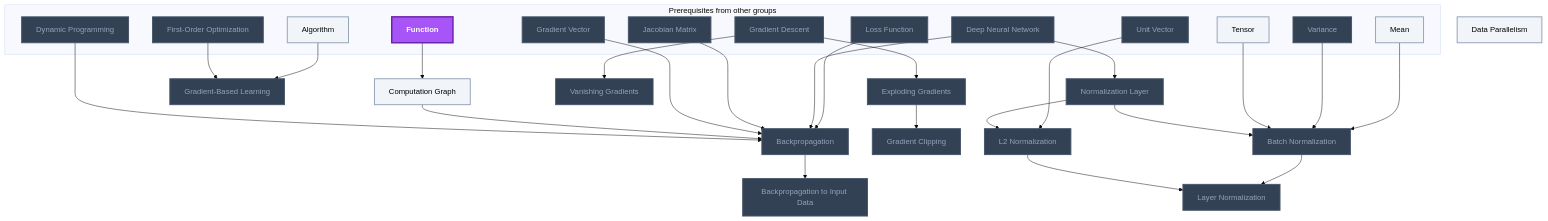
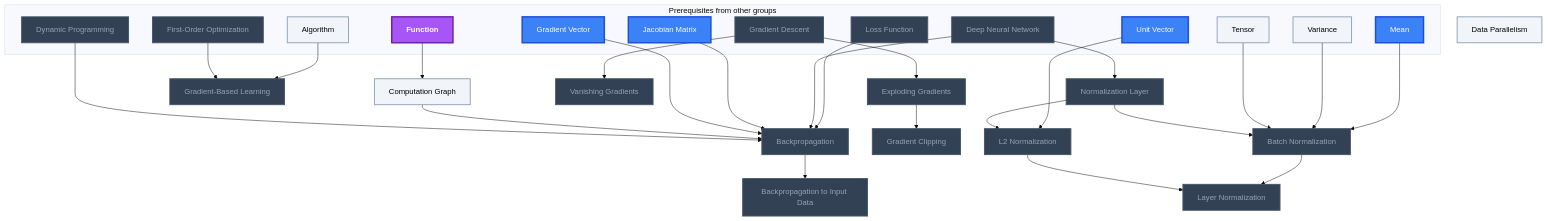
Diagram 19 of 21 in Gamification/Skill Trees/Deep Learning.md (MRauf1/My-Notes), drawn with Mermaid (base theme) before and after one commit. The commit also changed other lines of this file and 145 other files, not shown here.

````diff
--- a/Gamification/Skill Trees/Deep Learning.md
+++ b/Gamification/Skill Trees/Deep Learning.md
@@ -1149,65 +1161,66 @@
 ```mermaid
 flowchart TD
     classDef planned fill:#1E293B,stroke:#64748B,stroke-width:2px,stroke-dasharray:5 5,color:#94A3B8;
     classDef locked fill:#334155,stroke:#475569,stroke-width:2px,color:#94A3B8;
     classDef L0 fill:#F1F5F9,stroke:#94A3B8,stroke-width:2px,color:#000000;
     classDef L1 fill:#22C55E,stroke:#15803D,stroke-width:2px,color:#000000;
     classDef L2 fill:#3B82F6,stroke:#1D4ED8,stroke-width:3px,color:#FFFFFF;
     classDef L3 fill:#A855F7,stroke:#6B21A8,stroke-width:3px,color:#FFFFFF,font-weight:bold;
     classDef L4 fill:#F97316,stroke:#C2410C,stroke-width:4px,color:#000000,font-weight:bold;
     classDef L5 fill:#FFD700,stroke:#FF8C00,stroke-width:5px,color:#000000,font-weight:bold;
     classDef rusty stroke:#8B4513,stroke-width:4px,stroke-dasharray:3 3;
     subgraph sg_prereqs["Prerequisites from other groups"]
         n_algorithm["Algorithm"]
         n_first_order_optimization["First-Order Optimization"]
         n_gradient_descent["Gradient Descent"]
         n_function["Function"]
         n_loss_function["Loss Function"]
         n_deep_neural_network["Deep Neural Network"]
         n_jacobian_matrix["Jacobian Matrix"]
         n_gradient_vector["Gradient Vector"]
         n_dynamic_programming["Dynamic Programming"]
         n_mean["Mean"]
         n_variance["Variance"]
         n_tensor["Tensor"]
         n_unit_vector["Unit Vector"]
     end
     n_computation_graph["Computation Graph"]
     n_backpropagation["Backpropagation"]
     n_backpropagation_to_input_data["Backpropagation to Input Data"]
     n_gradient_based_learning["Gradient-Based Learning"]
     n_exploding_gradients["Exploding Gradients"]
     n_vanishing_gradients["Vanishing Gradients"]
     n_gradient_clipping["Gradient Clipping"]
     n_normalization_layer["Normalization Layer"]
     n_batch_normalization["Batch Normalization"]
     n_layer_normalization["Layer Normalization"]
     n_l2_normalization["L2 Normalization"]
     n_data_parallelism["Data Parallelism"]
     n_algorithm --> n_gradient_based_learning
     n_first_order_optimization --> n_gradient_based_learning
     n_gradient_descent --> n_exploding_gradients
     n_exploding_gradients --> n_gradient_clipping
     n_gradient_descent --> n_vanishing_gradients
     n_function --> n_computation_graph
     n_loss_function --> n_backpropagation
     n_deep_neural_network --> n_backpropagation
     n_jacobian_matrix --> n_backpropagation
     n_gradient_vector --> n_backpropagation
     n_computation_graph --> n_backpropagation
     n_dynamic_programming --> n_backpropagation
     n_backpropagation --> n_backpropagation_to_input_data
     n_deep_neural_network --> n_normalization_layer
     n_mean --> n_batch_normalization
     n_variance --> n_batch_normalization
     n_tensor --> n_batch_normalization
     n_normalization_layer --> n_batch_normalization
     n_unit_vector --> n_l2_normalization
     n_normalization_layer --> n_l2_normalization
     n_batch_normalization --> n_layer_normalization
     n_l2_normalization --> n_layer_normalization
-    class n_first_order_optimization,n_gradient_descent,n_loss_function,n_deep_neural_network,n_jacobian_matrix,n_gradient_vector,n_dynamic_programming,n_variance,n_unit_vector,n_backpropagation,n_backpropagation_to_input_data,n_gradient_based_learning,n_exploding_gradients,n_vanishing_gradients,n_gradient_clipping,n_normalization_layer,n_batch_normalization,n_layer_normalization,n_l2_normalization locked;
-    class n_algorithm,n_mean,n_tensor,n_computation_graph,n_data_parallelism L0;
+    class n_first_order_optimization,n_gradient_descent,n_loss_function,n_deep_neural_network,n_dynamic_programming,n_backpropagation,n_backpropagation_to_input_data,n_gradient_based_learning,n_exploding_gradients,n_vanishing_gradients,n_gradient_clipping,n_normalization_layer,n_batch_normalization,n_layer_normalization,n_l2_normalization locked;
+    class n_algorithm,n_variance,n_tensor,n_computation_graph,n_data_parallelism L0;
+    class n_jacobian_matrix,n_gradient_vector,n_mean,n_unit_vector L2;
     class n_function L3;
     class n_algorithm,n_first_order_optimization,n_gradient_descent,n_function,n_loss_function,n_deep_neural_network,n_jacobian_matrix,n_gradient_vector,n_dynamic_programming,n_mean,n_variance,n_tensor,n_unit_vector,n_computation_graph,n_backpropagation,n_backpropagation_to_input_data,n_gradient_based_learning,n_exploding_gradients,n_vanishing_gradients,n_gradient_clipping,n_normalization_layer,n_batch_normalization,n_layer_normalization,n_l2_normalization,n_data_parallelism internal-link;
 ```
````
